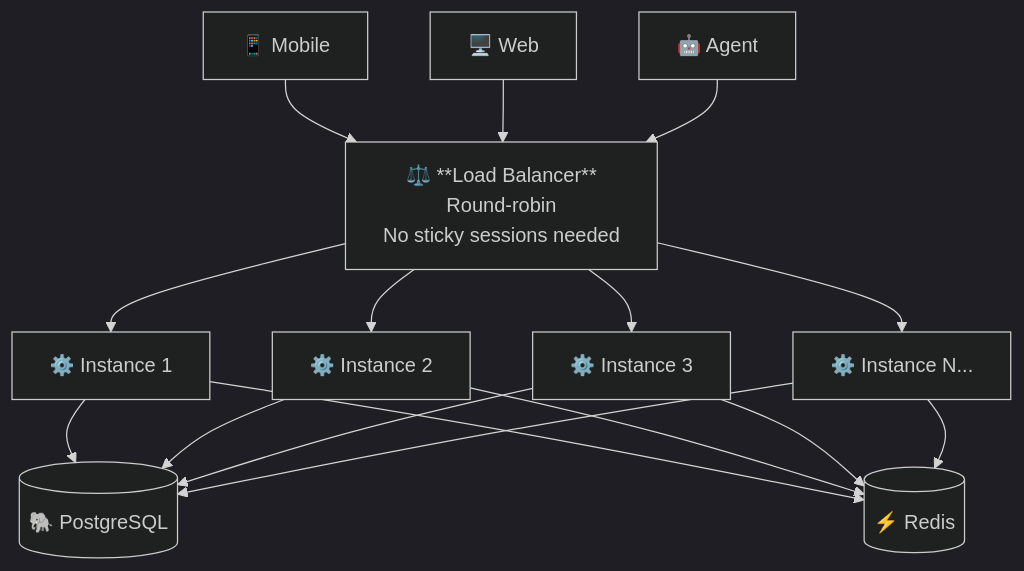
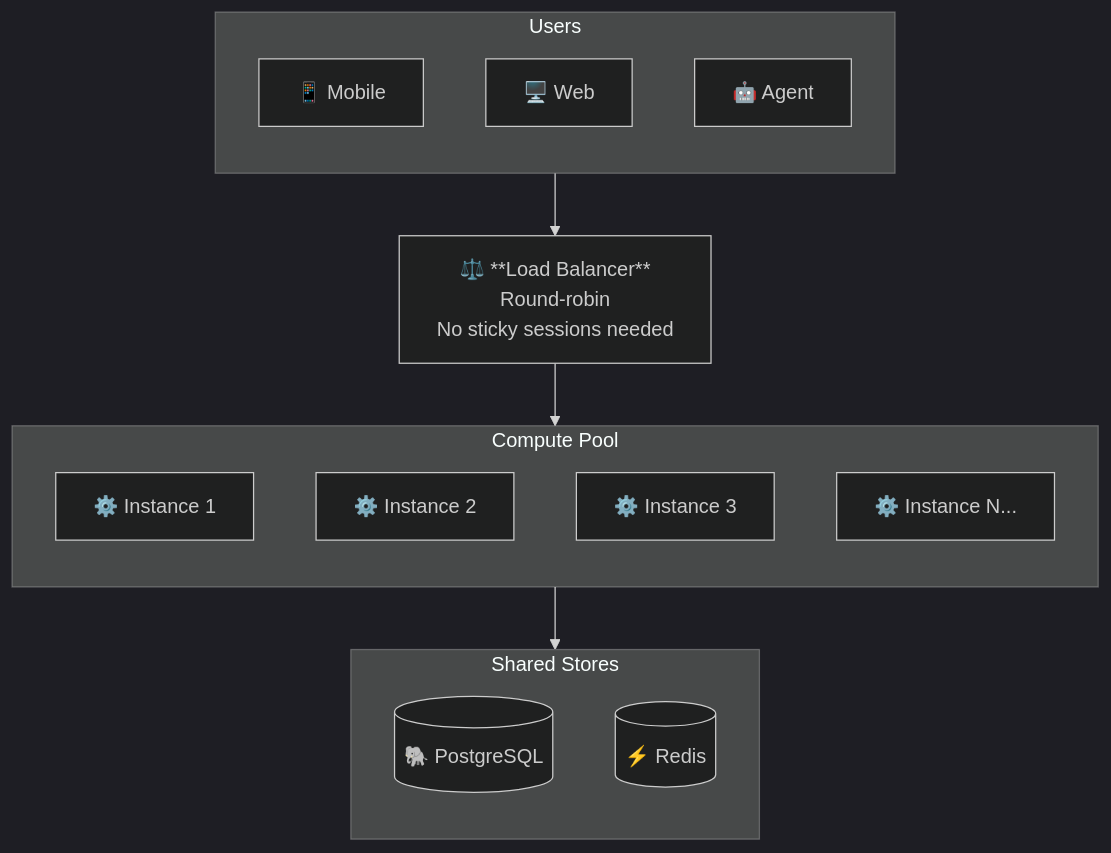
The third of 8 diagrams in internal/fundamentals/api-fundamentals/03-statelessness.md (romangurevitch/GoTraining), drawn with Mermaid (dark theme) before and after one commit. The commit also changed other lines of this file and 20 other files, not shown here.

````diff
--- a/internal/fundamentals/api-fundamentals/03-statelessness.md
+++ b/internal/fundamentals/api-fundamentals/03-statelessness.md
@@ -54,23 +62,31 @@
 ```mermaid
-graph TB
-    C1["📱 Mobile"] --> LB
-    C2["🖥️ Web"] --> LB
-    C3["🤖 Agent"] --> LB
+graph TD
+    subgraph Clients["Users"]
+        direction TB
+        C1["📱 Mobile"]
+        C2["🖥️ Web"]
+        C3["🤖 Agent"]
+    end
+
+    Clients --> LB
 
     LB["⚖️ **Load Balancer**<br/>Round-robin<br/>No sticky sessions needed"]
 
-    LB --> I1["⚙️ Instance 1"]
-    LB --> I2["⚙️ Instance 2"]
-    LB --> I3["⚙️ Instance 3"]
-    LB --> I4["⚙️ Instance N..."]
+    LB --> Instances
 
-    I1 --> DB[("🐘 PostgreSQL")]
-    I2 --> DB
-    I3 --> DB
-    I4 --> DB
+    subgraph Instances["Compute Pool"]
+        direction TB
+        I1["⚙️ Instance 1"]
+        I2["⚙️ Instance 2"]
+        I3["⚙️ Instance 3"]
+        I4["⚙️ Instance N..."]
+    end
 
-    I1 --> CACHE[("⚡ Redis")]
-    I2 --> CACHE
-    I3 --> CACHE
-    I4 --> CACHE
+    Instances --> Stores
+
+    subgraph Stores["Shared Stores"]
+        direction TB
+        DB[("🐘 PostgreSQL")]
+        CACHE[("⚡ Redis")]
+    end
 ```
````
